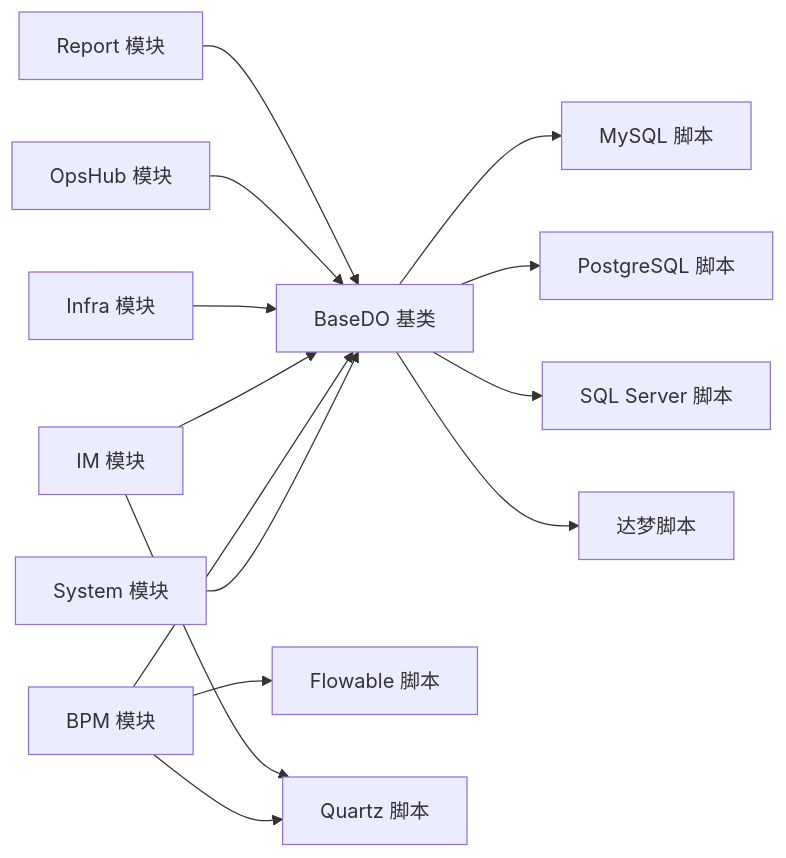
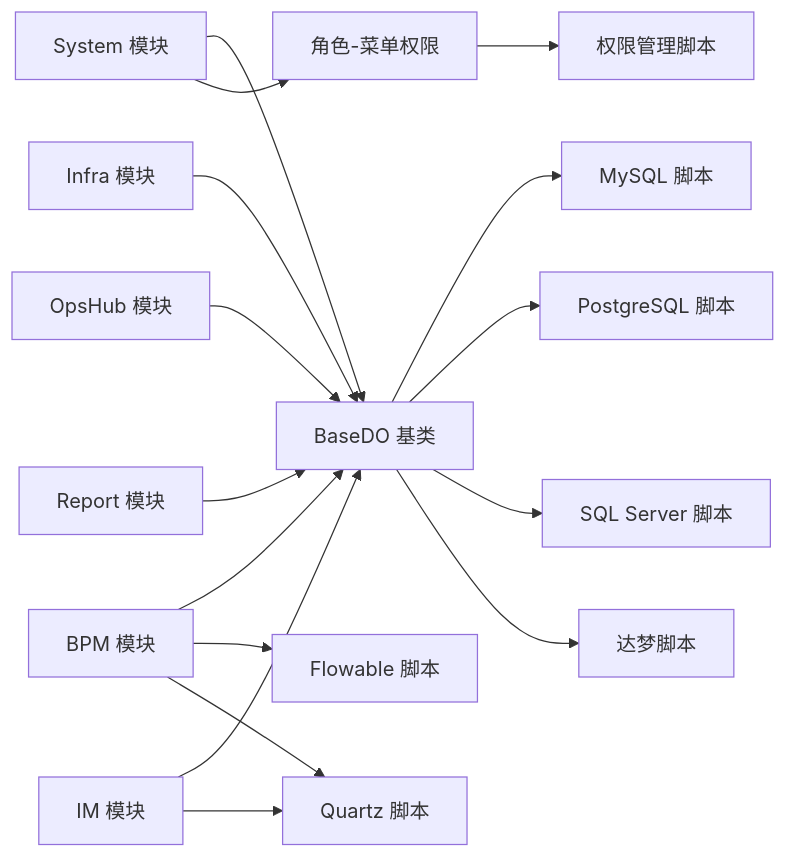
One commit to xiaoche80s-tech/rouyi-vue-pro changed the eighth of 8 diagrams in .qoder/repowiki/zh/content/数据库设计/数据库设计.md. Above: the diagram before and after it, drawn with Mermaid. The commit also changed other lines of this file and 331 other files, not shown here.

````diff
--- a/.qoder/repowiki/zh/content/数据库设计/数据库设计.md
+++ b/.qoder/repowiki/zh/content/数据库设计/数据库设计.md
@@ -457,16 +622,18 @@
 ```mermaid
 graph LR
 SYS["System 模块"] --> BASE["BaseDO 基类"]
+SYS --> ROLE_MENU["角色-菜单权限"]
 BPM["BPM 模块"] --> BASE
 IM["IM 模块"] --> BASE
 INF["Infra 模块"] --> BASE
 OPS["OpsHub 模块"] --> BASE
 REP["Report 模块"] --> BASE
 BASE --> MYSQL["MySQL 脚本"]
 BASE --> PG["PostgreSQL 脚本"]
 BASE --> MSSQL["SQL Server 脚本"]
 BASE --> DM["达梦脚本"]
+ROLE_MENU --> PG_SCRIPT["权限管理脚本"]
 BPM --> FLOWABLE["Flowable 脚本"]
 BPM --> QUARTZ["Quartz 脚本"]
 IM --> QUARTZ
 ```
````
